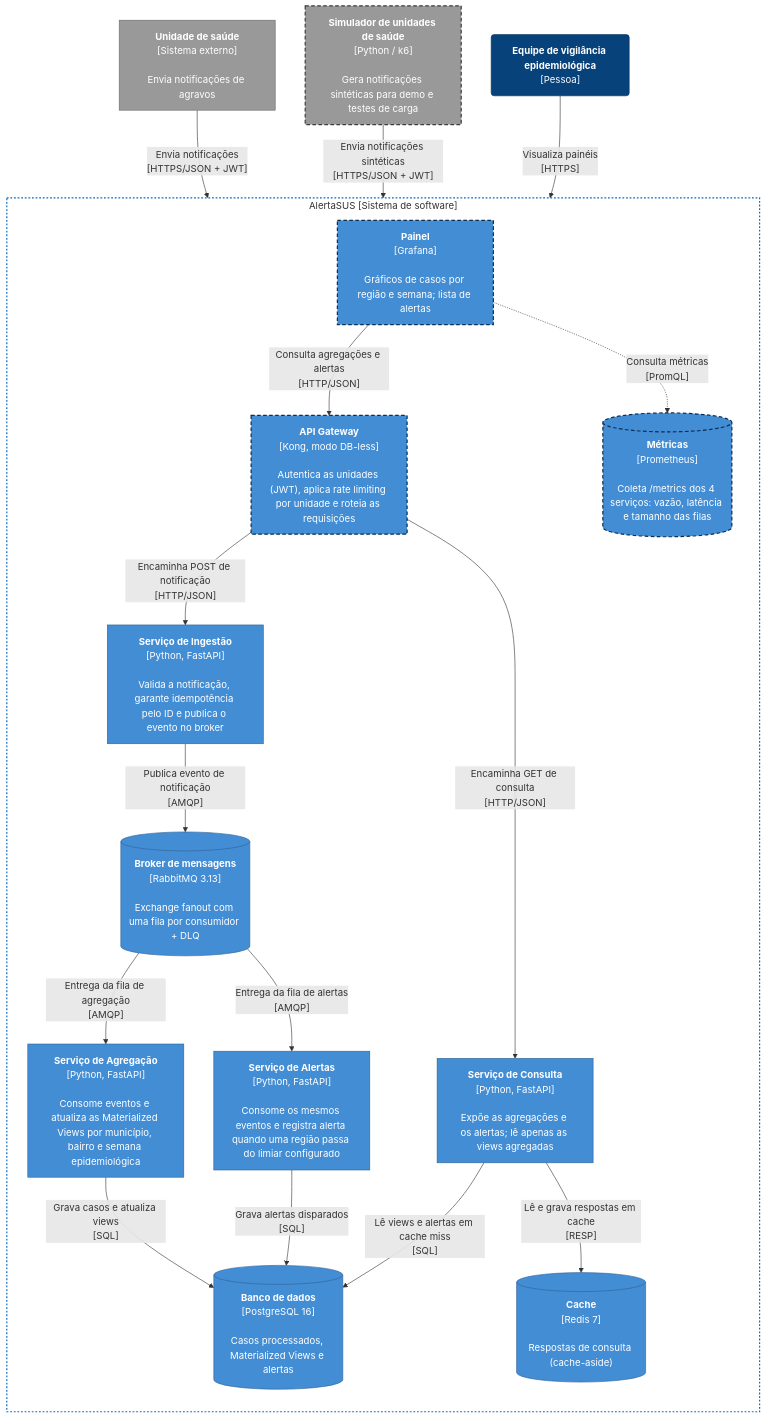
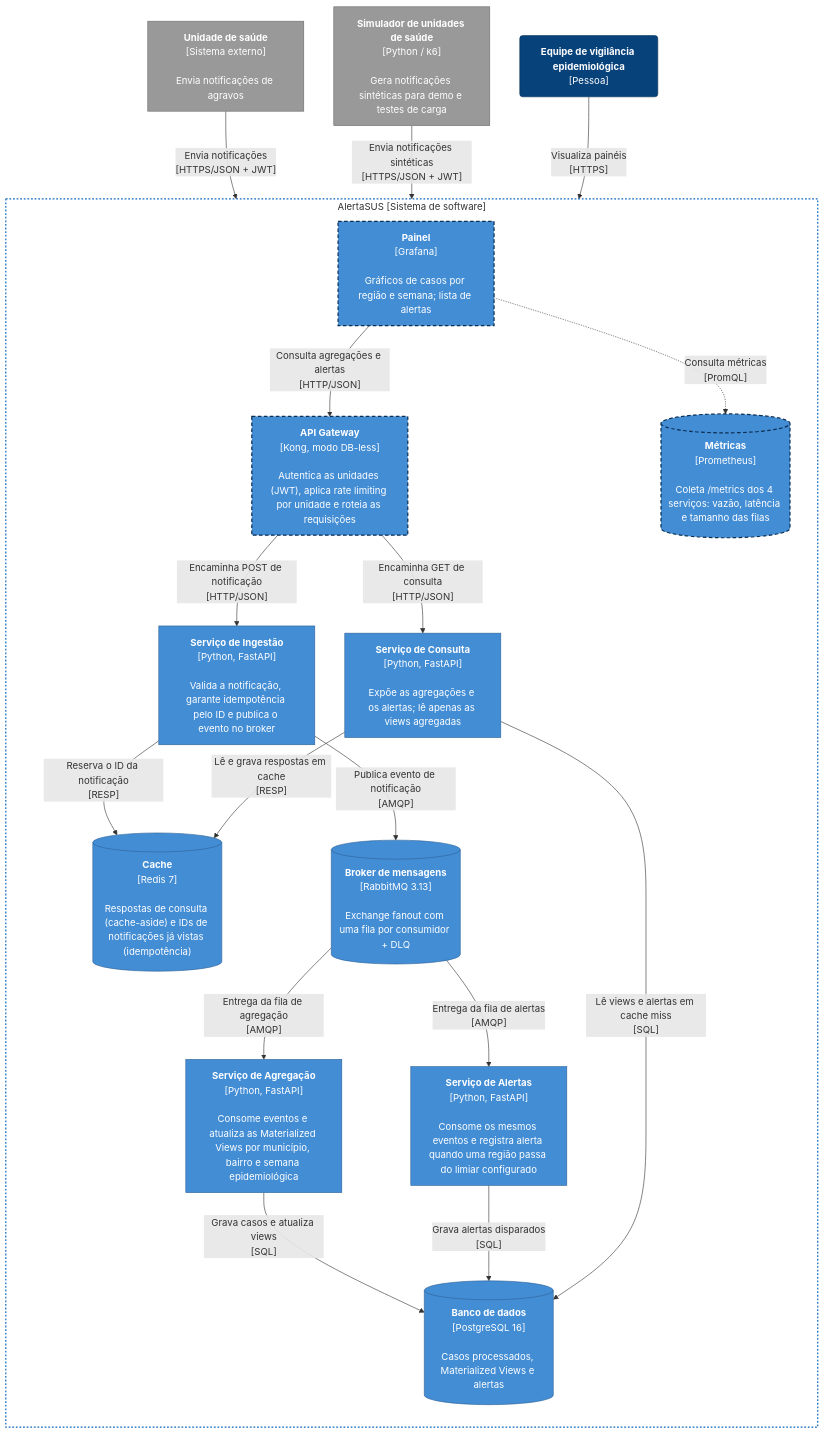
One commit to mateusfonsek/alertasus changed the diagram in docs/c4/nivel-2-containers.md. Above: the diagram before and after it, drawn with Mermaid. The commit also changed other lines of this file and 2 other files, not shown here.

Commit message:
docs: registra o ADR 0006 (idempotência) e atualiza o C4 e o stack

````diff
--- a/docs/c4/nivel-2-containers.md
+++ b/docs/c4/nivel-2-containers.md
@@ -5,67 +5,67 @@
 ```mermaid
 flowchart TB
     unidade["<b>Unidade de saúde</b><br/>[Sistema externo]<br/><br/>Envia notificações de agravos"]
     simulador["<b>Simulador de unidades de saúde</b><br/>[Python / k6]<br/><br/>Gera notificações sintéticas para demo e testes de carga"]
     gestor("<b>Equipe de vigilância epidemiológica</b><br/>[Pessoa]")
 
     subgraph alertasus["AlertaSUS [Sistema de software]"]
         direction TB
 
         gateway["<b>API Gateway</b><br/>[Kong, modo DB-less]<br/><br/>Autentica as unidades (JWT), aplica rate limiting por unidade e roteia as requisições"]
 
         ingestion["<b>Serviço de Ingestão</b><br/>[Python, FastAPI]<br/><br/>Valida a notificação, garante idempotência pelo ID e publica o evento no broker"]
 
         broker[("<b>Broker de mensagens</b><br/>[RabbitMQ 3.13]<br/><br/>Exchange fanout com uma fila por consumidor + DLQ")]
 
         aggregation["<b>Serviço de Agregação</b><br/>[Python, FastAPI]<br/><br/>Consome eventos e atualiza as Materialized Views por município, bairro e semana epidemiológica"]
 
         alerts["<b>Serviço de Alertas</b><br/>[Python, FastAPI]<br/><br/>Consome os mesmos eventos e registra alerta quando uma região passa do limiar configurado"]
 
         postgres[("<b>Banco de dados</b><br/>[PostgreSQL 16]<br/><br/>Casos processados, Materialized Views e alertas")]
 
         query["<b>Serviço de Consulta</b><br/>[Python, FastAPI]<br/><br/>Expõe as agregações e os alertas; lê apenas as views agregadas"]
 
-        redis[("<b>Cache</b><br/>[Redis 7]<br/><br/>Respostas de consulta (cache-aside)")]
+        redis[("<b>Cache</b><br/>[Redis 7]<br/><br/>Respostas de consulta (cache-aside) e IDs de notificações já vistas (idempotência)")]
 
         painel["<b>Painel</b><br/>[Grafana]<br/><br/>Gráficos de casos por região e semana; lista de alertas"]
 
         prometheus[("<b>Métricas</b><br/>[Prometheus]<br/><br/>Coleta /metrics dos 4 serviços: vazão, latência e tamanho das filas")]
     end
 
     %% Entrada de notificações (lado de escrita)
     unidade -->|"Envia notificações<br/>[HTTPS/JSON + JWT]"| gateway
     simulador -->|"Envia notificações sintéticas<br/>[HTTPS/JSON + JWT]"| gateway
     gateway -->|"Encaminha POST de notificação<br/>[HTTP/JSON]"| ingestion
+    ingestion -->|"Reserva o ID da notificação<br/>[RESP]"| redis
     ingestion -->|"Publica evento de notificação<br/>[AMQP]"| broker
 
     %% Fan-out para os consumidores
     broker -->|"Entrega da fila de agregação<br/>[AMQP]"| aggregation
     broker -->|"Entrega da fila de alertas<br/>[AMQP]"| alerts
     aggregation -->|"Grava casos e atualiza views<br/>[SQL]"| postgres
     alerts -->|"Grava alertas disparados<br/>[SQL]"| postgres
 
     %% Leitura (lado de consulta)
     gestor -->|"Visualiza painéis<br/>[HTTPS]"| painel
     painel -->|"Consulta agregações e alertas<br/>[HTTP/JSON]"| gateway
     gateway -->|"Encaminha GET de consulta<br/>[HTTP/JSON]"| query
     query -->|"Lê e grava respostas em cache<br/>[RESP]"| redis
     query -->|"Lê views e alertas em cache miss<br/>[SQL]"| postgres
 
     %% Observabilidade (as setas de coleta do Prometheus para cada serviço
     %% foram omitidas para não cruzar o fluxo principal; ver descrição da caixa)
     painel -.->|"Consulta métricas<br/>[PromQL]"| prometheus
 
     classDef person fill:#08427b,stroke:#052e56,color:#fff
     classDef container fill:#438dd5,stroke:#2e6295,color:#fff
     classDef planned fill:#438dd5,stroke:#0b2e52,color:#fff,stroke-width:2px,stroke-dasharray:6 4
     classDef external fill:#999999,stroke:#6b6b6b,color:#fff
     classDef externalPlanned fill:#999999,stroke:#3d3d3d,color:#fff,stroke-width:2px,stroke-dasharray:6 4
 
     class gestor person
     class ingestion,aggregation,alerts,query,broker,postgres,redis container
     class gateway,painel,prometheus planned
-    class unidade external
-    class simulador externalPlanned
+    class unidade,simulador external
 
     style alertasus fill:transparent,stroke:#1168bd,stroke-width:2px,stroke-dasharray:3 3
 ```
````
